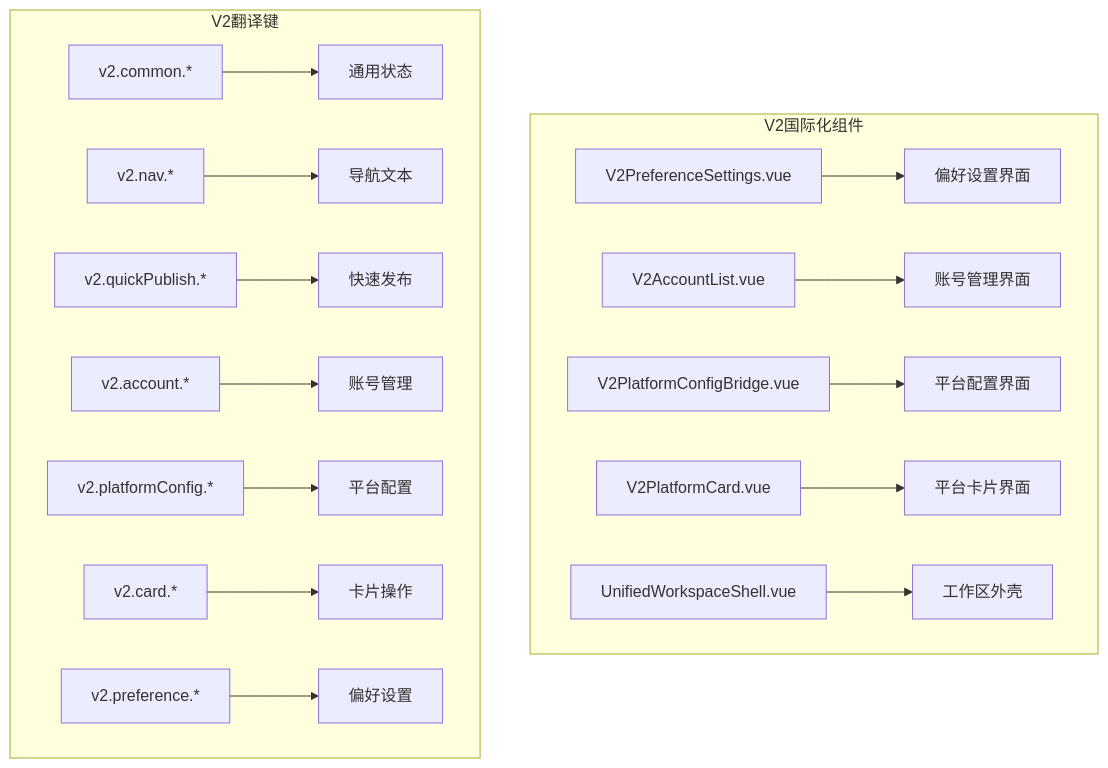
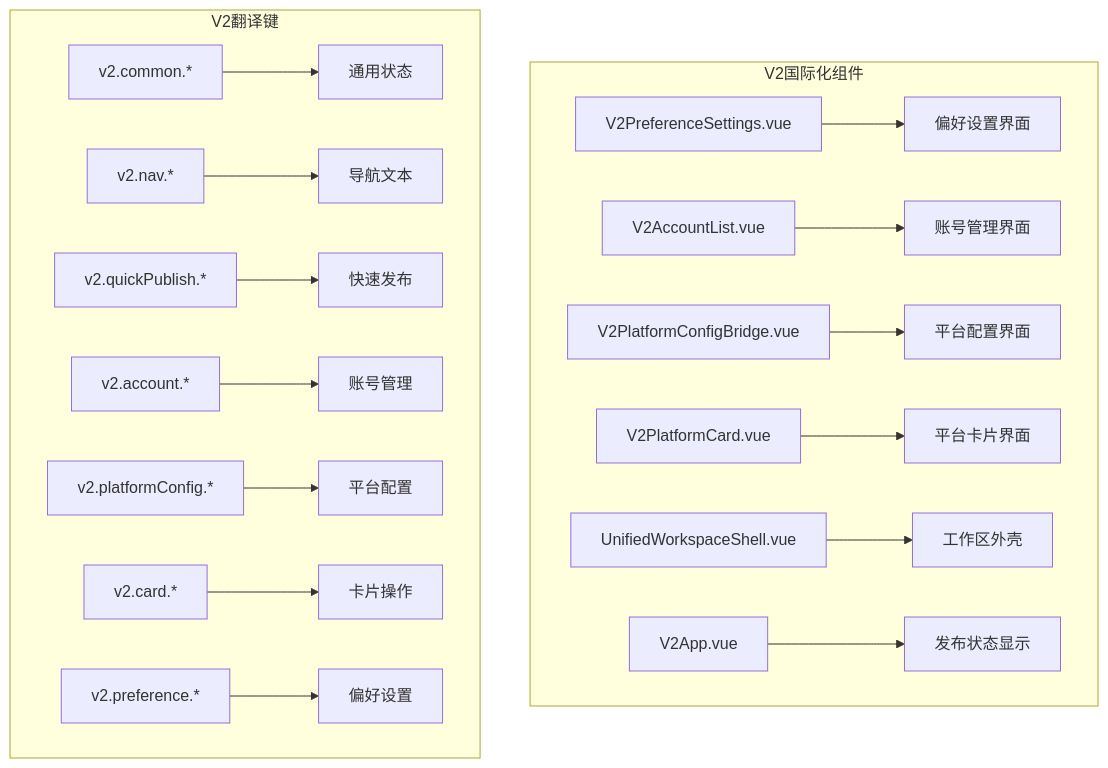
One commit to terwer/siyuan-plugin-publisher changed the ninth of 11 diagrams in .qoder/repowiki/zh/content/用户界面组件/国际化支持.md. Above: the diagram before and after it, drawn with Mermaid. The commit also changed other lines of this file and 5 other files, not shown here.

````diff
--- a/.qoder/repowiki/zh/content/用户界面组件/国际化支持.md
+++ b/.qoder/repowiki/zh/content/用户界面组件/国际化支持.md
@@ -346,19 +351,20 @@
 ```mermaid
 graph TB
 subgraph "V2国际化组件"
 A[V2PreferenceSettings.vue] --> B[偏好设置界面]
 C[V2AccountList.vue] --> D[账号管理界面]
 E[V2PlatformConfigBridge.vue] --> F[平台配置界面]
 G[V2PlatformCard.vue] --> H[平台卡片界面]
 I[UnifiedWorkspaceShell.vue] --> J[工作区外壳]
+K[V2App.vue] --> L[发布状态显示]
 end
 subgraph "V2翻译键"
-K[v2.common.*] --> L[通用状态]
-M[v2.nav.*] --> N[导航文本]
-O[v2.quickPublish.*] --> P[快速发布]
-Q[v2.account.*] --> R[账号管理]
-S[v2.platformConfig.*] --> T[平台配置]
-U[v2.card.*] --> V[卡片操作]
-W[v2.preference.*] --> X[偏好设置]
+M[v2.common.*] --> N[通用状态]
+O[v2.nav.*] --> P[导航文本]
+Q[v2.quickPublish.*] --> R[快速发布]
+S[v2.account.*] --> T[账号管理]
+U[v2.platformConfig.*] --> V[平台配置]
+W[v2.card.*] --> X[卡片操作]
+Y[v2.preference.*] --> Z[偏好设置]
 end
 ```
````
